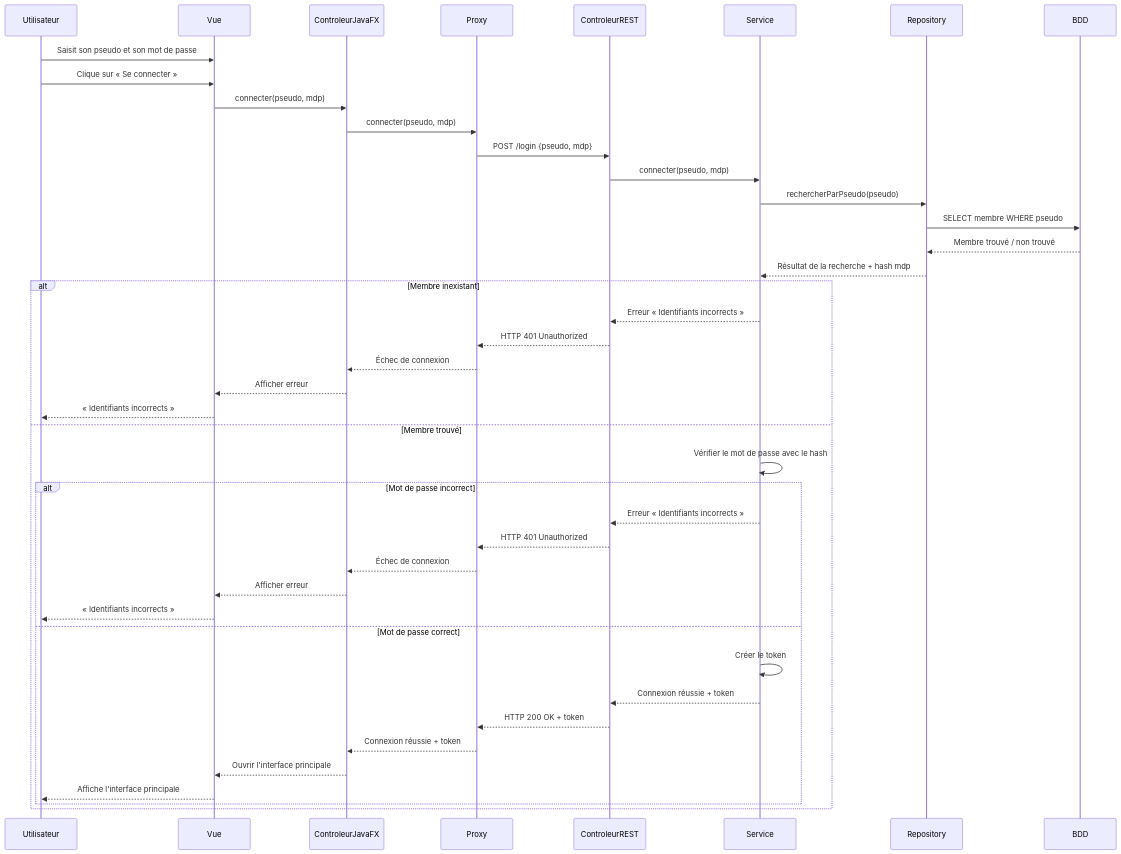
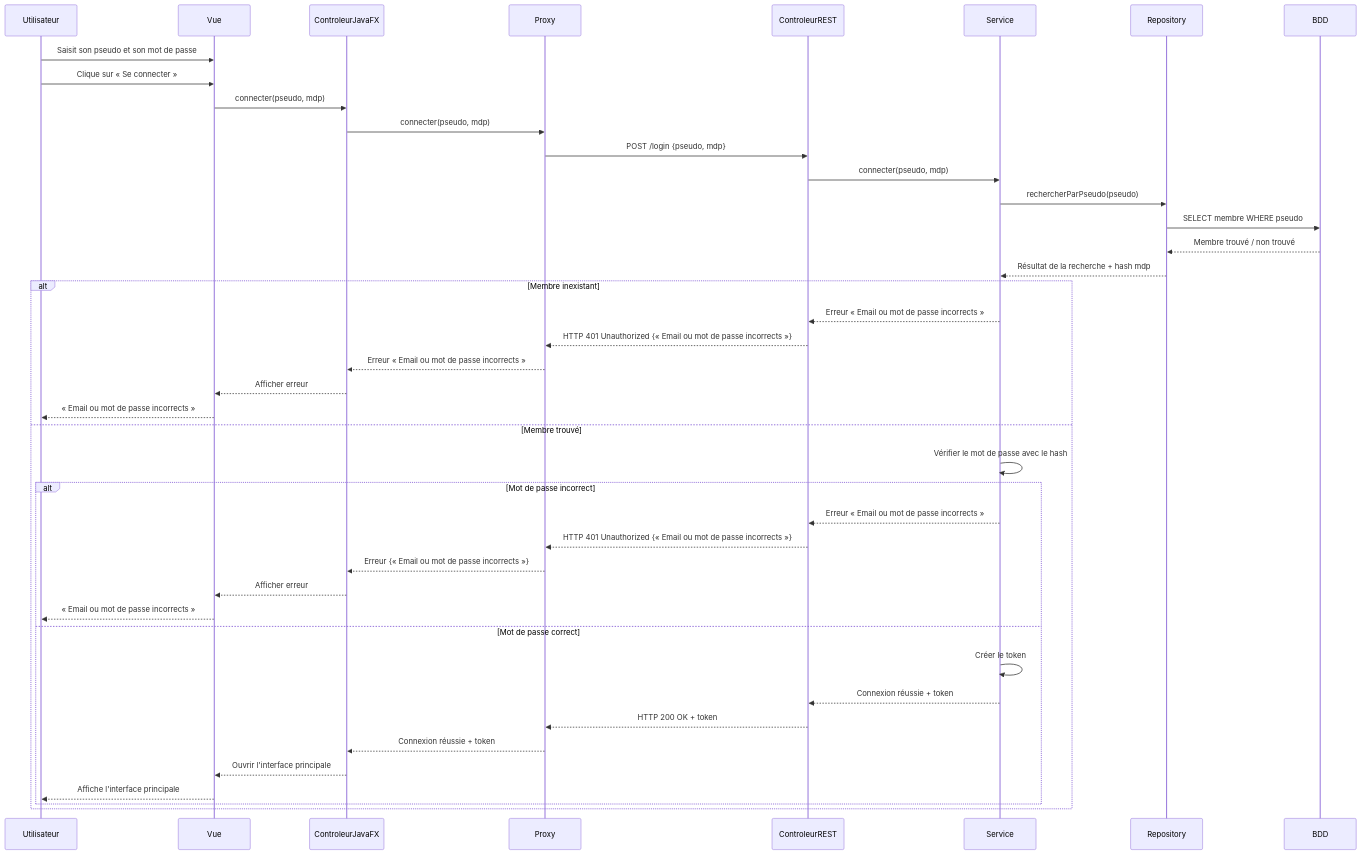
The diagram in Conception/diagrammes-sequence/Connexion.mmd (AbdelkaderCms/skull-groupe-2), drawn with Mermaid before and after one commit.

Commit message:
Connexion

```diff
--- a/Conception/diagrammes-sequence/Connexion.mmd
+++ b/Conception/diagrammes-sequence/Connexion.mmd
@@ -1,49 +1,49 @@
 sequenceDiagram
     participant Utilisateur
     participant Vue
     participant ControleurJavaFX
     participant Proxy
     participant ControleurREST
     participant Service
     participant Repository
     participant BDD
 
     Utilisateur->>Vue: Saisit son pseudo et son mot de passe
     Utilisateur->>Vue: Clique sur « Se connecter »
 
     Vue->>ControleurJavaFX: connecter(pseudo, mdp)
     ControleurJavaFX->>Proxy: connecter(pseudo, mdp)
     Proxy->>ControleurREST: POST /login {pseudo, mdp}
     ControleurREST->>Service: connecter(pseudo, mdp)
 
     Service->>Repository: rechercherParPseudo(pseudo)
     Repository->>BDD: SELECT membre WHERE pseudo
     BDD-->>Repository: Membre trouvé / non trouvé
     Repository-->>Service: Résultat de la recherche + hash mdp
 
     alt Membre inexistant
-        Service-->>ControleurREST: Erreur « Identifiants incorrects »
-        ControleurREST-->>Proxy: HTTP 401 Unauthorized
-        Proxy-->>ControleurJavaFX: Échec de connexion
+        Service-->>ControleurREST: Erreur « Email ou mot de passe incorrects »
+        ControleurREST-->>Proxy: HTTP 401 Unauthorized {« Email ou mot de passe incorrects »}
+        Proxy-->>ControleurJavaFX: Erreur « Email ou mot de passe incorrects »
         ControleurJavaFX-->>Vue: Afficher erreur
-        Vue-->>Utilisateur: « Identifiants incorrects »
+        Vue-->>Utilisateur: « Email ou mot de passe incorrects »
 
     else Membre trouvé
         Service->>Service: Vérifier le mot de passe avec le hash
 
         alt Mot de passe incorrect
-            Service-->>ControleurREST: Erreur « Identifiants incorrects »
-            ControleurREST-->>Proxy: HTTP 401 Unauthorized
-            Proxy-->>ControleurJavaFX: Échec de connexion
+            Service-->>ControleurREST: Erreur « Email ou mot de passe incorrects »
+            ControleurREST-->>Proxy: HTTP 401 Unauthorized {« Email ou mot de passe incorrects »}
+            Proxy-->>ControleurJavaFX: Erreur {« Email ou mot de passe incorrects »}
             ControleurJavaFX-->>Vue: Afficher erreur
-            Vue-->>Utilisateur: « Identifiants incorrects »
+            Vue-->>Utilisateur: « Email ou mot de passe incorrects »
 
         else Mot de passe correct
             Service->>Service: Créer le token
             Service-->>ControleurREST: Connexion réussie + token
             ControleurREST-->>Proxy: HTTP 200 OK + token
             Proxy-->>ControleurJavaFX: Connexion réussie + token
             ControleurJavaFX-->>Vue: Ouvrir l'interface principale
             Vue-->>Utilisateur: Affiche l'interface principale
         end
     end
```
